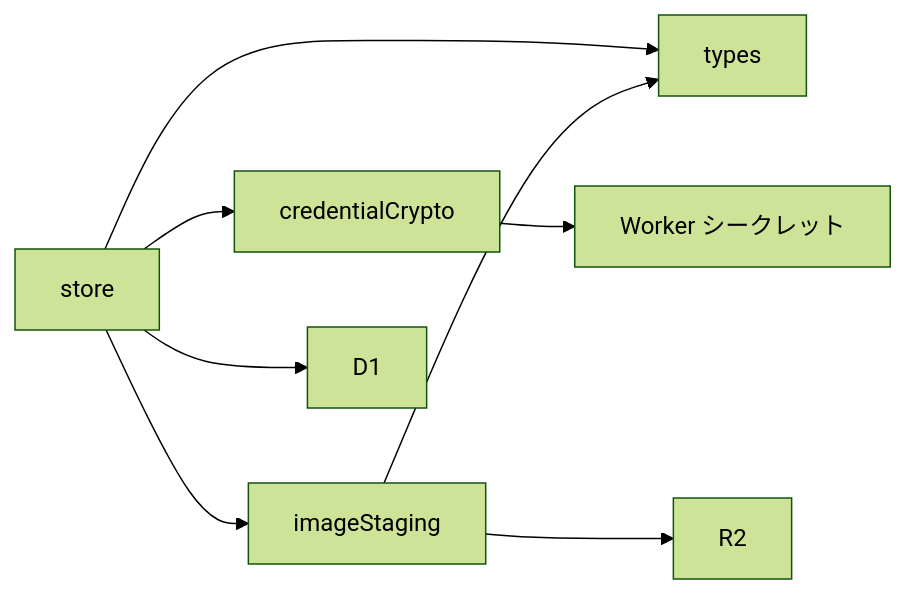
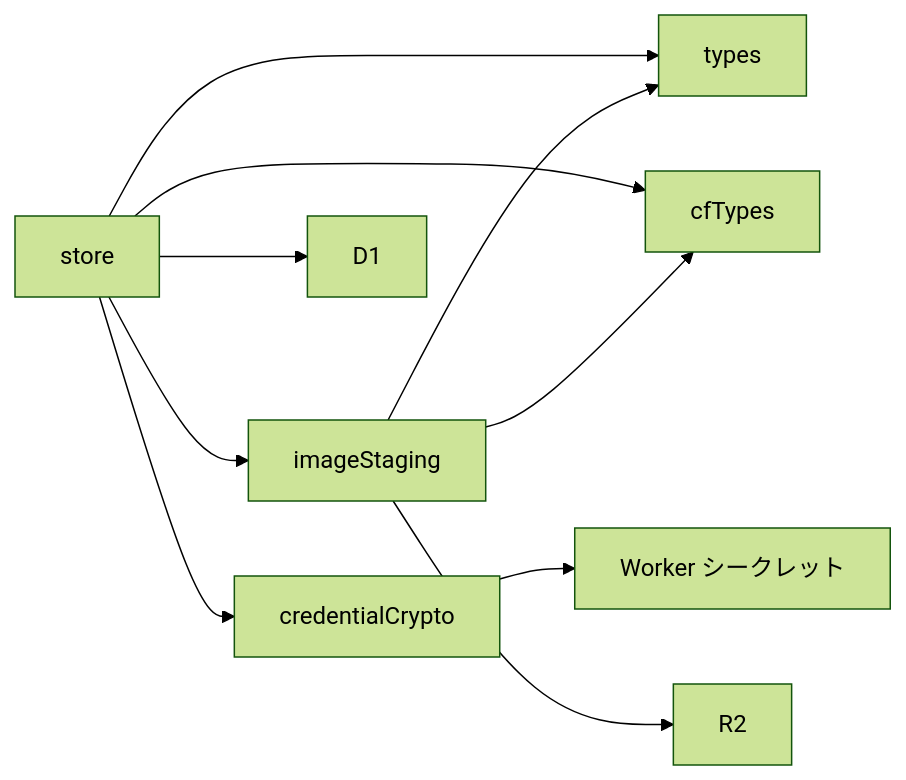
Before and after one commit to nekono-dev/skyshare: the first of 2 diagrams in specs/schedule-store/design.md, drawn with Mermaid (forest theme). The commit also changed other lines of this file and 14 other files, not shown here.

````diff
--- a/specs/schedule-store/design.md
+++ b/specs/schedule-store/design.md
@@ -16,10 +17,12 @@
 ```mermaid
 flowchart LR
   store --> types
+  store --> cfTypes
+  imageStaging --> cfTypes
   store --> credentialCrypto
   store --> imageStaging
   imageStaging --> types
   credentialCrypto --> ext_secret["Worker シークレット"]
   store --> ext_d1["D1"]
   imageStaging --> ext_r2["R2"]
 ```
````
